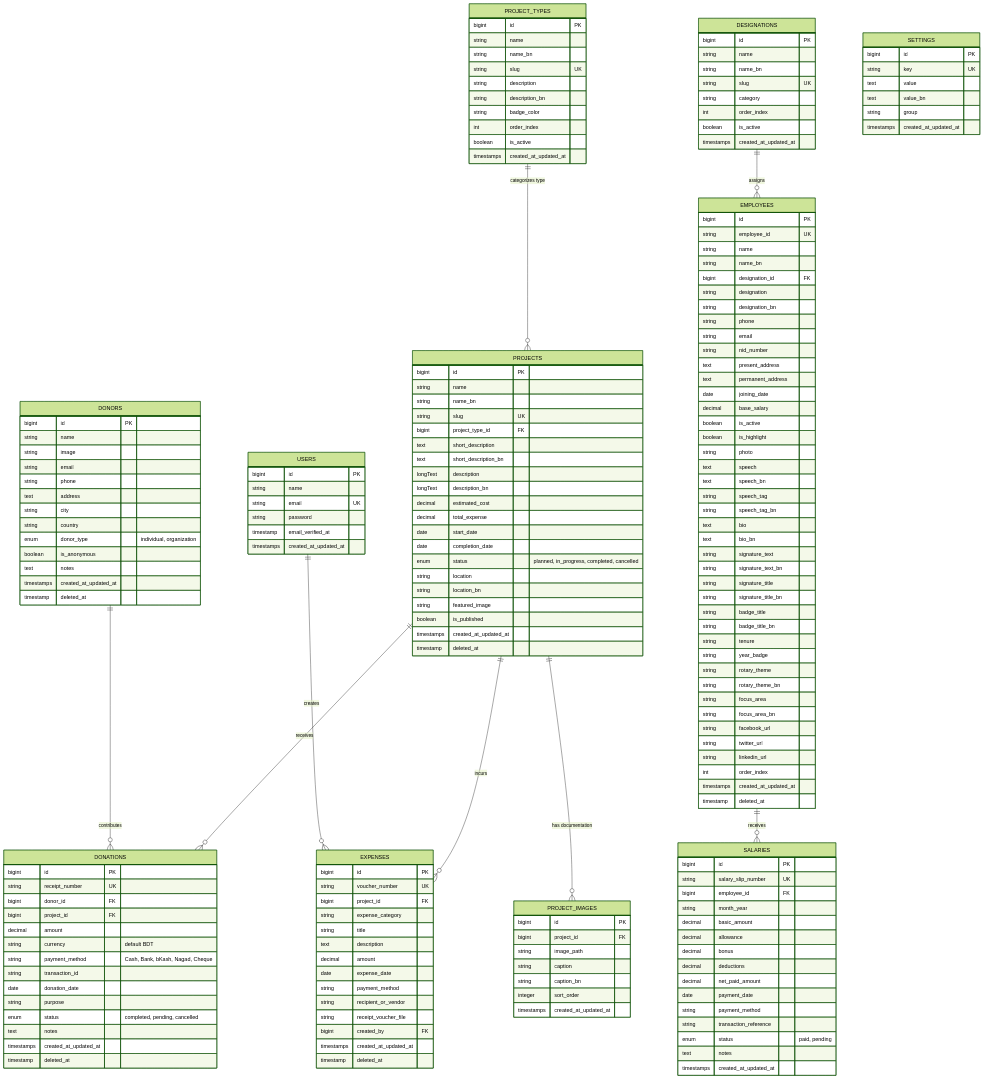
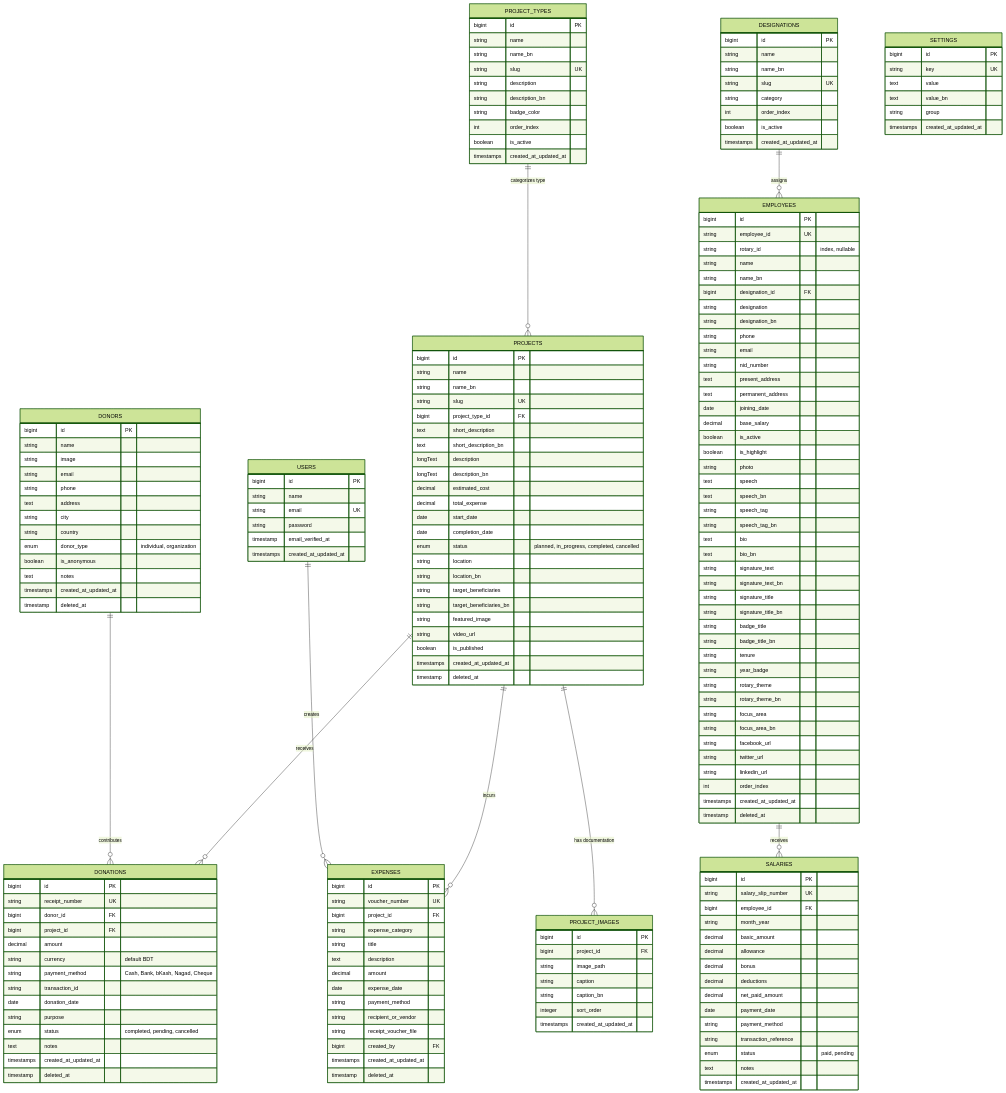
One commit to sazal-inceptia/shanti-nagar-foundation changed the diagram in docs/database_design.md. Above: the diagram before and after it, drawn with Mermaid (forest theme). The commit also changed other lines of this file and 676 other files, not shown here.

```diff
--- a/docs/database_design.md
+++ b/docs/database_design.md
@@ -84,7 +84,10 @@
         enum status "planned, in_progress, completed, cancelled"
         string location
         string location_bn
+        string target_beneficiaries
+        string target_beneficiaries_bn
         string featured_image
+        string video_url
         boolean is_published
         timestamps created_at_updated_at
         timestamp deleted_at
@@ -137,6 +140,7 @@
     EMPLOYEES {
         bigint id PK
         string employee_id UK
+        string rotary_id "index, nullable"
         string name
         string name_bn
         bigint designation_id FK
```
